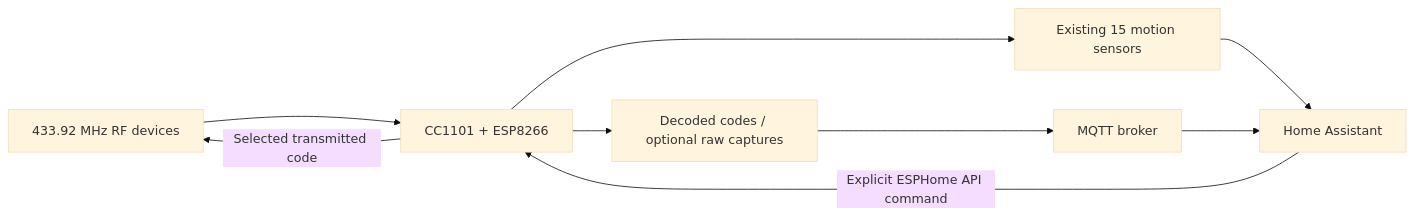
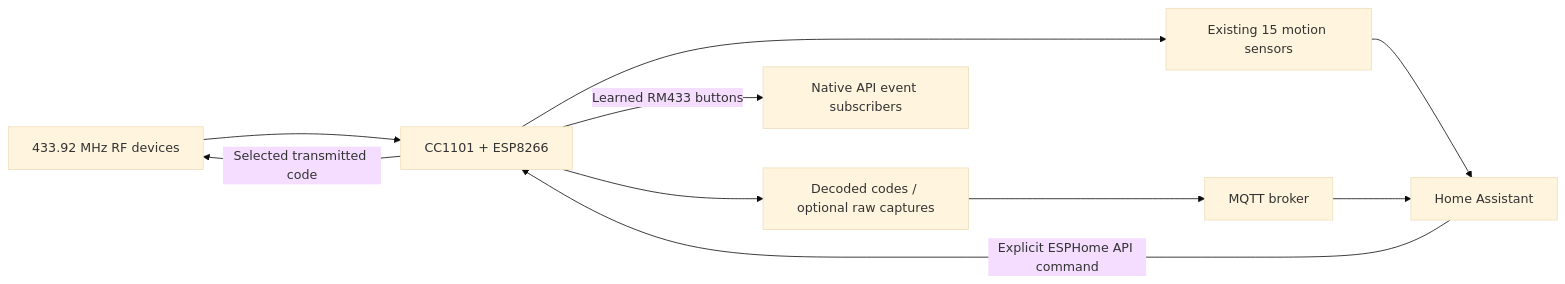
Before and after one commit to ha-homelab/rf-airbridge: the diagram in README.md, drawn with Mermaid (base theme). The commit also changed other lines of this file and 9 other files, not shown here.

````diff
--- a/README.md
+++ b/README.md
@@ -34,11 +39,12 @@
 ```mermaid
 flowchart LR
     Devices[433.92 MHz RF devices] --> Radio[CC1101 + ESP8266]
     Radio --> Legacy[Existing 15 motion sensors]
     Legacy --> HA[Home Assistant]
     Radio --> Events[Decoded codes / optional raw captures]
     Events --> MQTT[MQTT broker]
     MQTT --> HA
+    Radio -->|Learned RM433 buttons| Native[Native API event subscribers]
     HA -->|Explicit ESPHome API command| Radio
     Radio -->|Selected transmitted code| Devices
 ```
````
